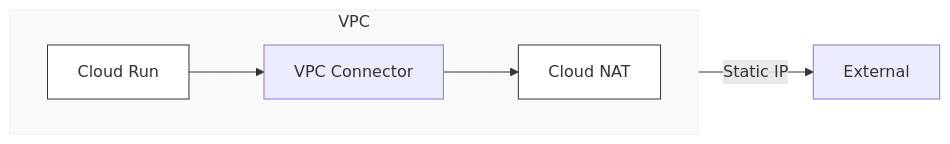
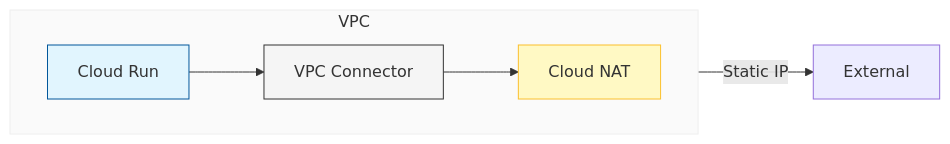
Before and after one commit to conti0513/development_public: the first of 3 diagrams in README.md, drawn with Mermaid. The commit also changed other lines of this file, not shown here.

````diff
--- a/README.md
+++ b/README.md
@@ -9,14 +14,15 @@
 ```mermaid
 graph LR
     subgraph VPC
         direction LR
         CR[Cloud Run] --> SVC[VPC Connector]
         SVC --> NAT[Cloud NAT]
     end
     NAT -->|Static IP| Ext[External]
 
-    style CR fill:#fff,stroke:#333
-    style NAT fill:#fff,stroke:#333
+    style CR fill:#e1f5fe,stroke:#01579b
+    style NAT fill:#fff9c4,stroke:#fbc02d
+    style SVC fill:#f5f5f5,stroke:#333
     style VPC fill:#fafafa,stroke:#eee
 
 ```
````
